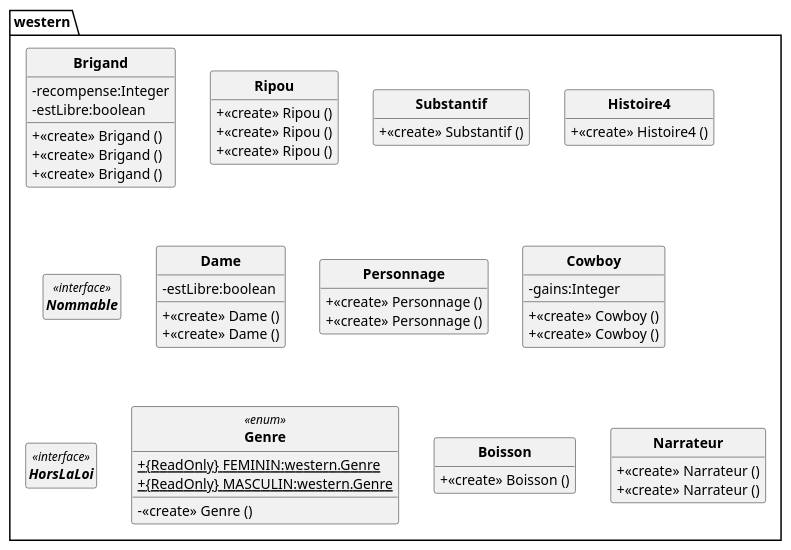
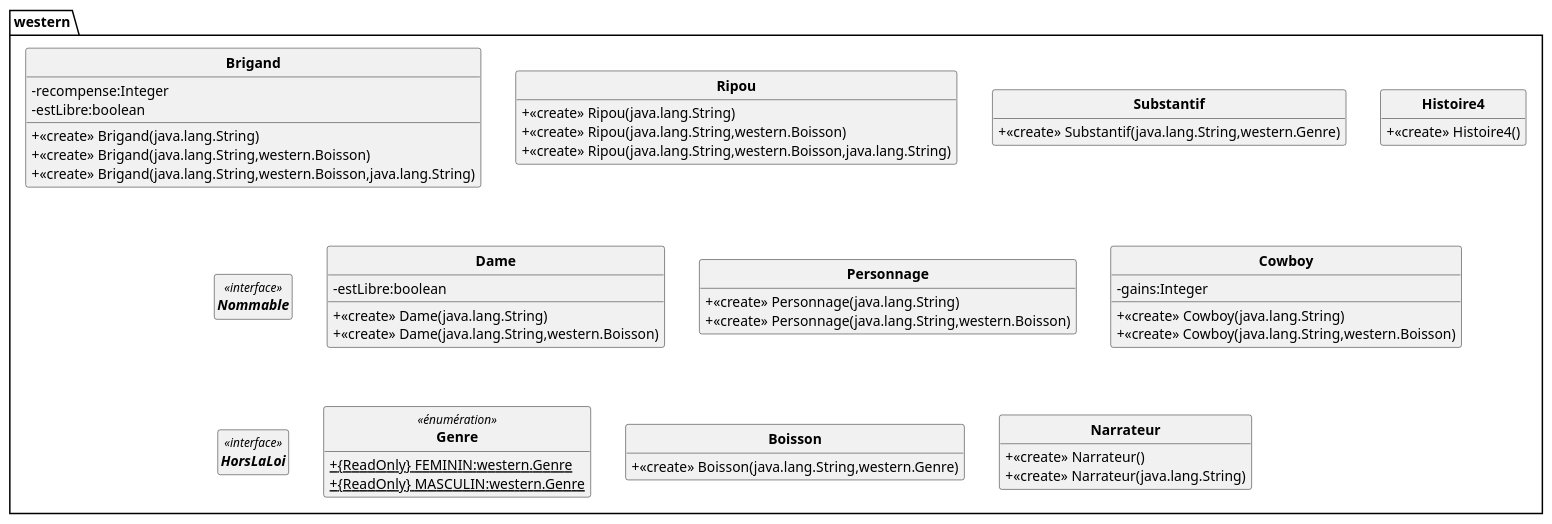
The diagram in DiagrammeGenere.puml (Spidermatou/GeneratorUMLFromJava), drawn with PlantUML before and after one commit. The commit also changed 3 other files, not shown here.

```diff
--- a/DiagrammeGenere.puml
+++ b/DiagrammeGenere.puml
@@ -1,83 +1,81 @@
 @startuml
 skinparam classAttributeIconSize 0
 skinparam classFontStyle Bold
 skinparam style strictuml
 hide empty members
 
 package western
 {
-'jsp si c'est comme ca qu'on fait mais ca fait un fichier stylé
 CLASS Brigand
 {
 - recompense:Integer 
 - estLibre:boolean 
-+  <<create>> Brigand ()
-+  <<create>> Brigand ()
-+  <<create>> Brigand ()
++  <<create>> Brigand(java.lang.String)
++  <<create>> Brigand(java.lang.String,western.Boisson)
++  <<create>> Brigand(java.lang.String,western.Boisson,java.lang.String)
 
 }
 CLASS Ripou
 {
-+  <<create>> Ripou ()
-+  <<create>> Ripou ()
-+  <<create>> Ripou ()
++  <<create>> Ripou(java.lang.String)
++  <<create>> Ripou(java.lang.String,western.Boisson)
++  <<create>> Ripou(java.lang.String,western.Boisson,java.lang.String)
 
 }
 CLASS Substantif
 {
-+  <<create>> Substantif ()
++  <<create>> Substantif(java.lang.String,western.Genre)
 
 }
 CLASS Histoire4
 {
-+  <<create>> Histoire4 ()
++  <<create>> Histoire4()
 
 }
 INTERFACE Nommable<<interface>>
 {
 
 }
 CLASS Dame
 {
 - estLibre:boolean 
-+  <<create>> Dame ()
-+  <<create>> Dame ()
++  <<create>> Dame(java.lang.String)
++  <<create>> Dame(java.lang.String,western.Boisson)
 
 }
 CLASS Personnage
 {
-+  <<create>> Personnage ()
-+  <<create>> Personnage ()
++  <<create>> Personnage(java.lang.String)
++  <<create>> Personnage(java.lang.String,western.Boisson)
 
 }
 CLASS Cowboy
 {
 - gains:Integer 
-+  <<create>> Cowboy ()
-+  <<create>> Cowboy ()
++  <<create>> Cowboy(java.lang.String)
++  <<create>> Cowboy(java.lang.String,western.Boisson)
 
 }
 INTERFACE HorsLaLoi<<interface>>
 {
 
 }
-ENUM Genre<<enum>>
+ENUM Genre<<énumération>>
 {
--  <<create>> Genre ()
 + {static} {ReadOnly} FEMININ:western.Genre 
 + {static} {ReadOnly} MASCULIN:western.Genre 
 
 }
 CLASS Boisson
 {
-+  <<create>> Boisson ()
++  <<create>> Boisson(java.lang.String,western.Genre)
 
 }
 CLASS Narrateur
 {
-+  <<create>> Narrateur ()
-+  <<create>> Narrateur ()
++  <<create>> Narrateur()
++  <<create>> Narrateur(java.lang.String)
 
 }
 }
 @enduml
```
